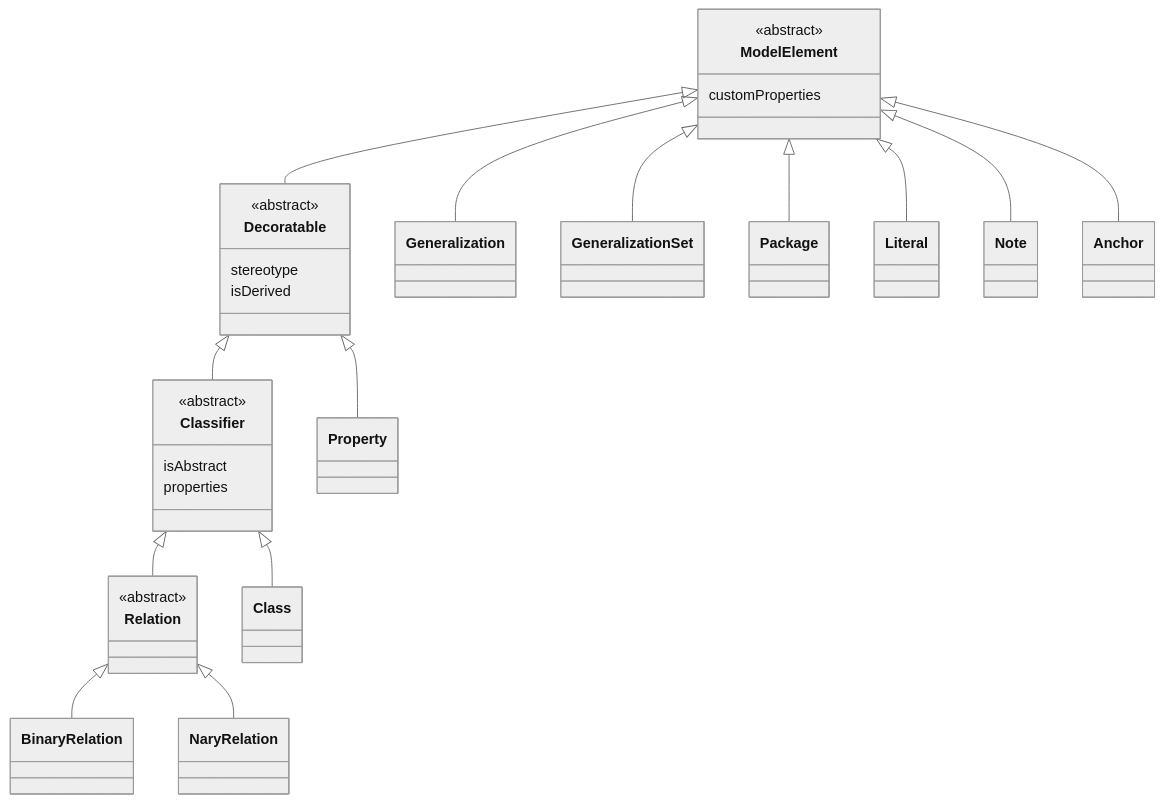
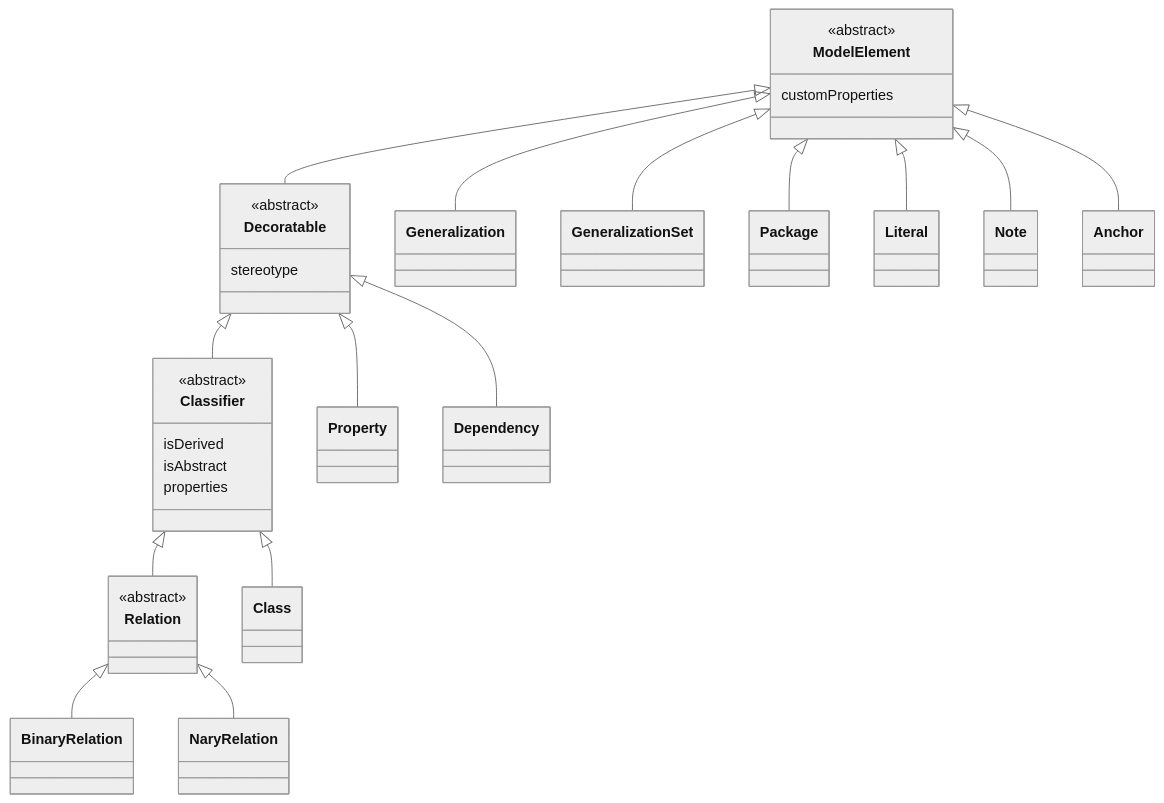
Before and after one commit to OntoUML/ontouml-schema: the diagram in website/docs/abstract-syntax/index.md, drawn with Mermaid (neutral theme). The commit also changed other lines of this file and 31 other files, not shown here.

````diff
--- a/website/docs/abstract-syntax/index.md
+++ b/website/docs/abstract-syntax/index.md
@@ -30,35 +30,36 @@
 ```mermaid
 classDiagram
   direction TB
   class ModelElement {
     <<abstract>>
     customProperties
   }
   class Decoratable {
     <<abstract>>
     stereotype
-    isDerived
   }
   class Classifier {
     <<abstract>>
+    isDerived
     isAbstract
     properties
   }
   class Relation {
     <<abstract>>
   }
 
   ModelElement <|-- Decoratable
   ModelElement <|-- Generalization
   ModelElement <|-- GeneralizationSet
   ModelElement <|-- Package
   ModelElement <|-- Literal
   ModelElement <|-- Note
   ModelElement <|-- Anchor
   Decoratable <|-- Classifier
   Decoratable <|-- Property
+  Decoratable <|-- Dependency
   Classifier <|-- Class
   Classifier <|-- Relation
   Relation <|-- BinaryRelation
   Relation <|-- NaryRelation
 ```
````
